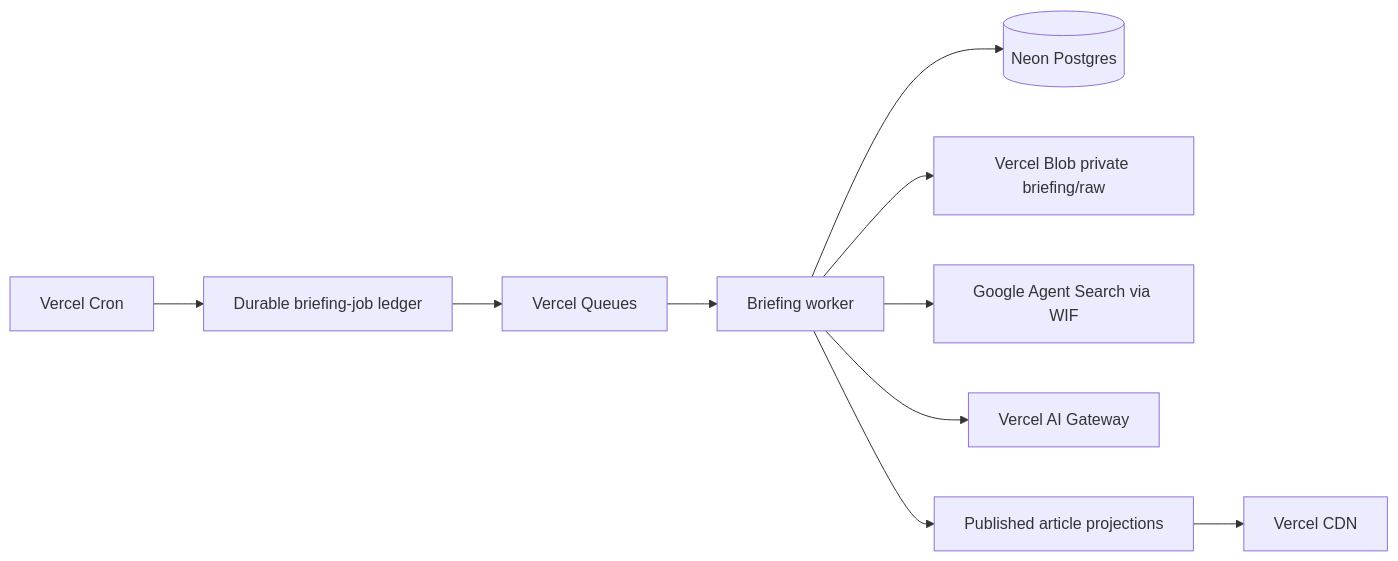
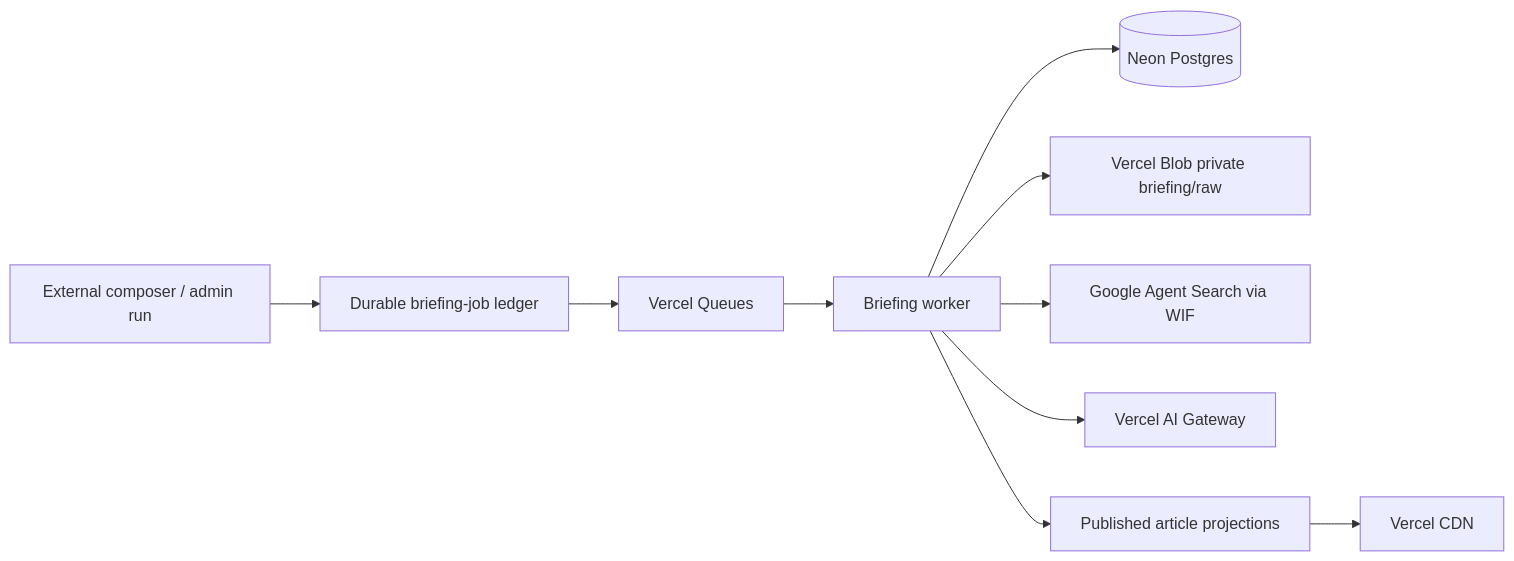
Before and after one commit to lions-admin/lions-of-zion: the diagram in docs/vercel-infrastructure.md, drawn with Mermaid. The commit also changed other lines of this file and 59 other files, not shown here.

````diff
--- a/docs/vercel-infrastructure.md
+++ b/docs/vercel-infrastructure.md
@@ -10,12 +10,12 @@
 ```mermaid
 flowchart LR
-  C[Vercel Cron] --> J[Durable briefing-job ledger]
+  C[External composer / admin run] --> J[Durable briefing-job ledger]
   J --> Q[Vercel Queues]
   Q --> W[Briefing worker]
   W --> D[(Neon Postgres)]
   W --> B[Vercel Blob private briefing/raw]
   W --> G[Google Agent Search via WIF]
   W --> A[Vercel AI Gateway]
   W --> P[Published article projections]
   P --> CDN[Vercel CDN]
 ```
````
